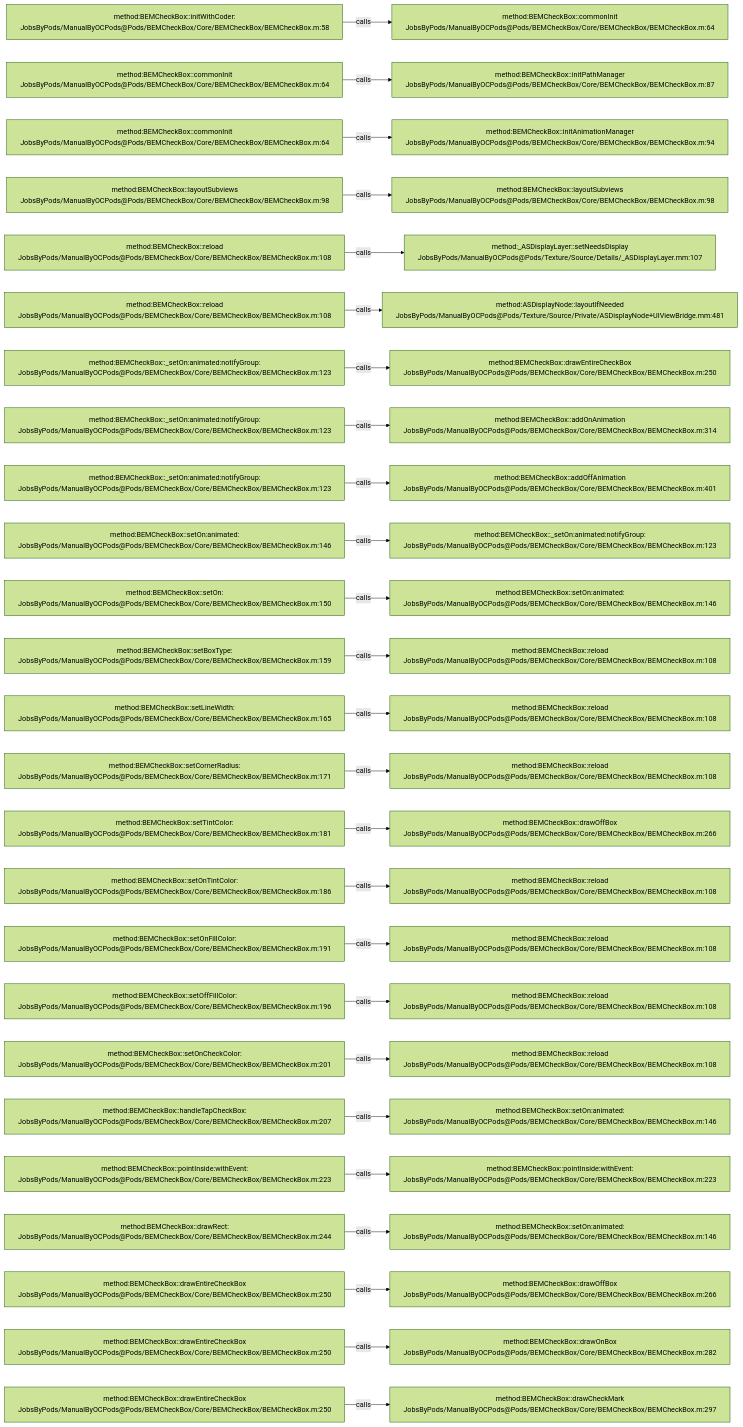
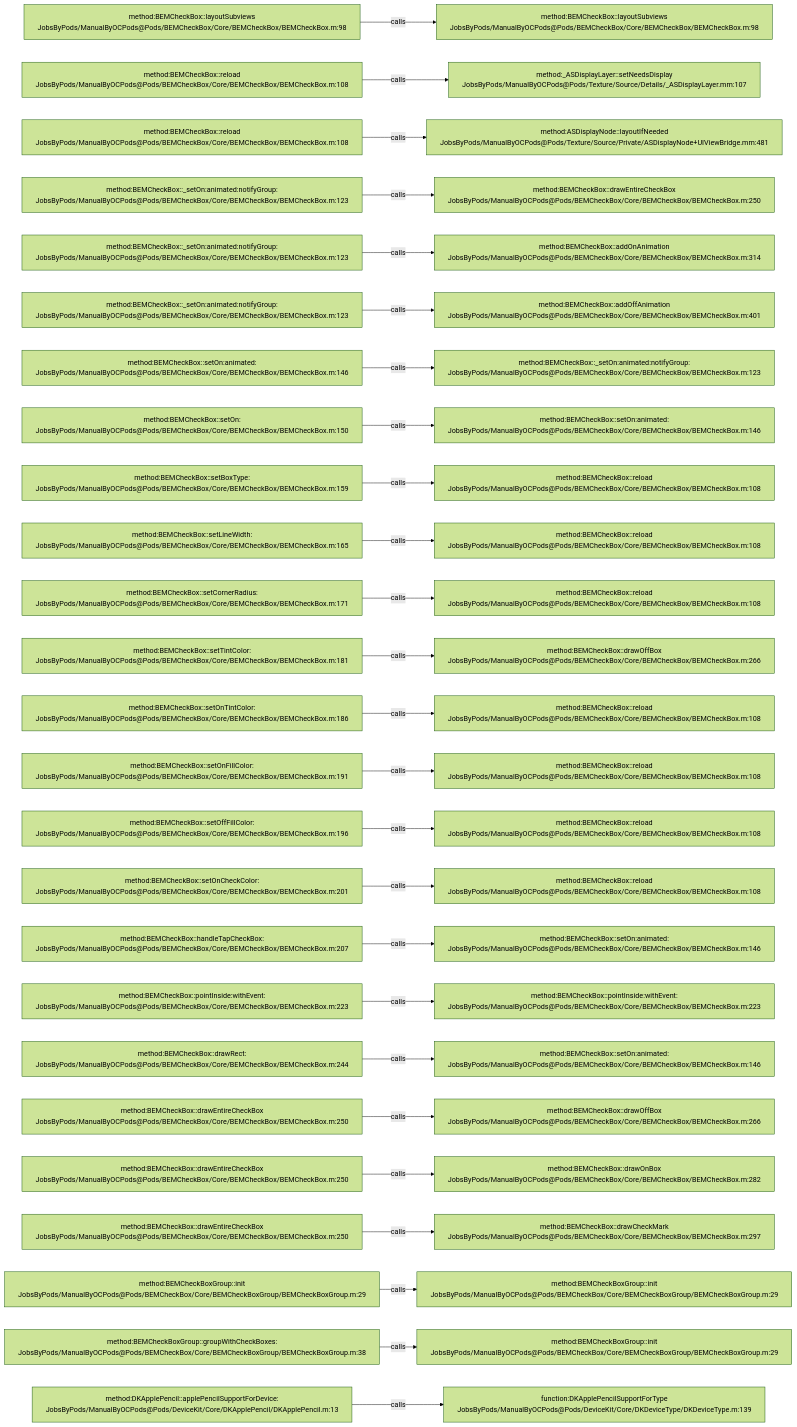
The diagram in .codegraph/codegraph.md/graphs/calls-014.md (JobsKits/JobsOCBaseConfigDemo), drawn with Mermaid (forest theme) before and after one commit. The commit also changed 727 other files, not shown here.

````diff
--- a/.codegraph/codegraph.md/graphs/calls-014.md
+++ b/.codegraph/codegraph.md/graphs/calls-014.md
@@ -13,78 +13,78 @@
 ```mermaid
 flowchart LR
-  S1["method:BEMCheckBox::initWithCoder:<br/>JobsByPods/ManualByOCPods@Pods/BEMCheckBox/Core/BEMCheckBox/BEMCheckBox.m:58"]
-  T1["method:BEMCheckBox::commonInit<br/>JobsByPods/ManualByOCPods@Pods/BEMCheckBox/Core/BEMCheckBox/BEMCheckBox.m:64"]
+  S1["method:BEMCheckBox::layoutSubviews<br/>JobsByPods/ManualByOCPods@Pods/BEMCheckBox/Core/BEMCheckBox/BEMCheckBox.m:98"]
+  T1["method:BEMCheckBox::layoutSubviews<br/>JobsByPods/ManualByOCPods@Pods/BEMCheckBox/Core/BEMCheckBox/BEMCheckBox.m:98"]
   S1 -->|calls| T1
-  S2["method:BEMCheckBox::commonInit<br/>JobsByPods/ManualByOCPods@Pods/BEMCheckBox/Core/BEMCheckBox/BEMCheckBox.m:64"]
-  T2["method:BEMCheckBox::initPathManager<br/>JobsByPods/ManualByOCPods@Pods/BEMCheckBox/Core/BEMCheckBox/BEMCheckBox.m:87"]
+  S2["method:BEMCheckBox::reload<br/>JobsByPods/ManualByOCPods@Pods/BEMCheckBox/Core/BEMCheckBox/BEMCheckBox.m:108"]
+  T2["method:_ASDisplayLayer::setNeedsDisplay<br/>JobsByPods/ManualByOCPods@Pods/Texture/Source/Details/_ASDisplayLayer.mm:107"]
   S2 -->|calls| T2
-  S3["method:BEMCheckBox::commonInit<br/>JobsByPods/ManualByOCPods@Pods/BEMCheckBox/Core/BEMCheckBox/BEMCheckBox.m:64"]
-  T3["method:BEMCheckBox::initAnimationManager<br/>JobsByPods/ManualByOCPods@Pods/BEMCheckBox/Core/BEMCheckBox/BEMCheckBox.m:94"]
+  S3["method:BEMCheckBox::reload<br/>JobsByPods/ManualByOCPods@Pods/BEMCheckBox/Core/BEMCheckBox/BEMCheckBox.m:108"]
+  T3["method:ASDisplayNode::layoutIfNeeded<br/>JobsByPods/ManualByOCPods@Pods/Texture/Source/Private/ASDisplayNode+UIViewBridge.mm:481"]
   S3 -->|calls| T3
-  S4["method:BEMCheckBox::layoutSubviews<br/>JobsByPods/ManualByOCPods@Pods/BEMCheckBox/Core/BEMCheckBox/BEMCheckBox.m:98"]
-  T4["method:BEMCheckBox::layoutSubviews<br/>JobsByPods/ManualByOCPods@Pods/BEMCheckBox/Core/BEMCheckBox/BEMCheckBox.m:98"]
+  S4["method:BEMCheckBox::_setOn:animated:notifyGroup:<br/>JobsByPods/ManualByOCPods@Pods/BEMCheckBox/Core/BEMCheckBox/BEMCheckBox.m:123"]
+  T4["method:BEMCheckBox::drawEntireCheckBox<br/>JobsByPods/ManualByOCPods@Pods/BEMCheckBox/Core/BEMCheckBox/BEMCheckBox.m:250"]
   S4 -->|calls| T4
-  S5["method:BEMCheckBox::reload<br/>JobsByPods/ManualByOCPods@Pods/BEMCheckBox/Core/BEMCheckBox/BEMCheckBox.m:108"]
-  T5["method:_ASDisplayLayer::setNeedsDisplay<br/>JobsByPods/ManualByOCPods@Pods/Texture/Source/Details/_ASDisplayLayer.mm:107"]
+  S5["method:BEMCheckBox::_setOn:animated:notifyGroup:<br/>JobsByPods/ManualByOCPods@Pods/BEMCheckBox/Core/BEMCheckBox/BEMCheckBox.m:123"]
+  T5["method:BEMCheckBox::addOnAnimation<br/>JobsByPods/ManualByOCPods@Pods/BEMCheckBox/Core/BEMCheckBox/BEMCheckBox.m:314"]
   S5 -->|calls| T5
-  S6["method:BEMCheckBox::reload<br/>JobsByPods/ManualByOCPods@Pods/BEMCheckBox/Core/BEMCheckBox/BEMCheckBox.m:108"]
-  T6["method:ASDisplayNode::layoutIfNeeded<br/>JobsByPods/ManualByOCPods@Pods/Texture/Source/Private/ASDisplayNode+UIViewBridge.mm:481"]
+  S6["method:BEMCheckBox::_setOn:animated:notifyGroup:<br/>JobsByPods/ManualByOCPods@Pods/BEMCheckBox/Core/BEMCheckBox/BEMCheckBox.m:123"]
+  T6["method:BEMCheckBox::addOffAnimation<br/>JobsByPods/ManualByOCPods@Pods/BEMCheckBox/Core/BEMCheckBox/BEMCheckBox.m:401"]
   S6 -->|calls| T6
-  S7["method:BEMCheckBox::_setOn:animated:notifyGroup:<br/>JobsByPods/ManualByOCPods@Pods/BEMCheckBox/Core/BEMCheckBox/BEMCheckBox.m:123"]
-  T7["method:BEMCheckBox::drawEntireCheckBox<br/>JobsByPods/ManualByOCPods@Pods/BEMCheckBox/Core/BEMCheckBox/BEMCheckBox.m:250"]
+  S7["method:BEMCheckBox::setOn:animated:<br/>JobsByPods/ManualByOCPods@Pods/BEMCheckBox/Core/BEMCheckBox/BEMCheckBox.m:146"]
+  T7["method:BEMCheckBox::_setOn:animated:notifyGroup:<br/>JobsByPods/ManualByOCPods@Pods/BEMCheckBox/Core/BEMCheckBox/BEMCheckBox.m:123"]
   S7 -->|calls| T7
-  S8["method:BEMCheckBox::_setOn:animated:notifyGroup:<br/>JobsByPods/ManualByOCPods@Pods/BEMCheckBox/Core/BEMCheckBox/BEMCheckBox.m:123"]
-  T8["method:BEMCheckBox::addOnAnimation<br/>JobsByPods/ManualByOCPods@Pods/BEMCheckBox/Core/BEMCheckBox/BEMCheckBox.m:314"]
+  S8["method:BEMCheckBox::setOn:<br/>JobsByPods/ManualByOCPods@Pods/BEMCheckBox/Core/BEMCheckBox/BEMCheckBox.m:150"]
+  T8["method:BEMCheckBox::setOn:animated:<br/>JobsByPods/ManualByOCPods@Pods/BEMCheckBox/Core/BEMCheckBox/BEMCheckBox.m:146"]
   S8 -->|calls| T8
-  S9["method:BEMCheckBox::_setOn:animated:notifyGroup:<br/>JobsByPods/ManualByOCPods@Pods/BEMCheckBox/Core/BEMCheckBox/BEMCheckBox.m:123"]
-  T9["method:BEMCheckBox::addOffAnimation<br/>JobsByPods/ManualByOCPods@Pods/BEMCheckBox/Core/BEMCheckBox/BEMCheckBox.m:401"]
+  S9["method:BEMCheckBox::setBoxType:<br/>JobsByPods/ManualByOCPods@Pods/BEMCheckBox/Core/BEMCheckBox/BEMCheckBox.m:159"]
+  T9["method:BEMCheckBox::reload<br/>JobsByPods/ManualByOCPods@Pods/BEMCheckBox/Core/BEMCheckBox/BEMCheckBox.m:108"]
   S9 -->|calls| T9
-  S10["method:BEMCheckBox::setOn:animated:<br/>JobsByPods/ManualByOCPods@Pods/BEMCheckBox/Core/BEMCheckBox/BEMCheckBox.m:146"]
-  T10["method:BEMCheckBox::_setOn:animated:notifyGroup:<br/>JobsByPods/ManualByOCPods@Pods/BEMCheckBox/Core/BEMCheckBox/BEMCheckBox.m:123"]
+  S10["method:BEMCheckBox::setLineWidth:<br/>JobsByPods/ManualByOCPods@Pods/BEMCheckBox/Core/BEMCheckBox/BEMCheckBox.m:165"]
+  T10["method:BEMCheckBox::reload<br/>JobsByPods/ManualByOCPods@Pods/BEMCheckBox/Core/BEMCheckBox/BEMCheckBox.m:108"]
   S10 -->|calls| T10
-  S11["method:BEMCheckBox::setOn:<br/>JobsByPods/ManualByOCPods@Pods/BEMCheckBox/Core/BEMCheckBox/BEMCheckBox.m:150"]
-  T11["method:BEMCheckBox::setOn:animated:<br/>JobsByPods/ManualByOCPods@Pods/BEMCheckBox/Core/BEMCheckBox/BEMCheckBox.m:146"]
+  S11["method:BEMCheckBox::setCornerRadius:<br/>JobsByPods/ManualByOCPods@Pods/BEMCheckBox/Core/BEMCheckBox/BEMCheckBox.m:171"]
+  T11["method:BEMCheckBox::reload<br/>JobsByPods/ManualByOCPods@Pods/BEMCheckBox/Core/BEMCheckBox/BEMCheckBox.m:108"]
   S11 -->|calls| T11
-  S12["method:BEMCheckBox::setBoxType:<br/>JobsByPods/ManualByOCPods@Pods/BEMCheckBox/Core/BEMCheckBox/BEMCheckBox.m:159"]
-  T12["method:BEMCheckBox::reload<br/>JobsByPods/ManualByOCPods@Pods/BEMCheckBox/Core/BEMCheckBox/BEMCheckBox.m:108"]
+  S12["method:BEMCheckBox::setTintColor:<br/>JobsByPods/ManualByOCPods@Pods/BEMCheckBox/Core/BEMCheckBox/BEMCheckBox.m:181"]
+  T12["method:BEMCheckBox::drawOffBox<br/>JobsByPods/ManualByOCPods@Pods/BEMCheckBox/Core/BEMCheckBox/BEMCheckBox.m:266"]
   S12 -->|calls| T12
-  S13["method:BEMCheckBox::setLineWidth:<br/>JobsByPods/ManualByOCPods@Pods/BEMCheckBox/Core/BEMCheckBox/BEMCheckBox.m:165"]
+  S13["method:BEMCheckBox::setOnTintColor:<br/>JobsByPods/ManualByOCPods@Pods/BEMCheckBox/Core/BEMCheckBox/BEMCheckBox.m:186"]
   T13["method:BEMCheckBox::reload<br/>JobsByPods/ManualByOCPods@Pods/BEMCheckBox/Core/BEMCheckBox/BEMCheckBox.m:108"]
   S13 -->|calls| T13
-  S14["method:BEMCheckBox::setCornerRadius:<br/>JobsByPods/ManualByOCPods@Pods/BEMCheckBox/Core/BEMCheckBox/BEMCheckBox.m:171"]
+  S14["method:BEMCheckBox::setOnFillColor:<br/>JobsByPods/ManualByOCPods@Pods/BEMCheckBox/Core/BEMCheckBox/BEMCheckBox.m:191"]
   T14["method:BEMCheckBox::reload<br/>JobsByPods/ManualByOCPods@Pods/BEMCheckBox/Core/BEMCheckBox/BEMCheckBox.m:108"]
   S14 -->|calls| T14
-  S15["method:BEMCheckBox::setTintColor:<br/>JobsByPods/ManualByOCPods@Pods/BEMCheckBox/Core/BEMCheckBox/BEMCheckBox.m:181"]
-  T15["method:BEMCheckBox::drawOffBox<br/>JobsByPods/ManualByOCPods@Pods/BEMCheckBox/Core/BEMCheckBox/BEMCheckBox.m:266"]
+  S15["method:BEMCheckBox::setOffFillColor:<br/>JobsByPods/ManualByOCPods@Pods/BEMCheckBox/Core/BEMCheckBox/BEMCheckBox.m:196"]
+  T15["method:BEMCheckBox::reload<br/>JobsByPods/ManualByOCPods@Pods/BEMCheckBox/Core/BEMCheckBox/BEMCheckBox.m:108"]
   S15 -->|calls| T15
-  S16["method:BEMCheckBox::setOnTintColor:<br/>JobsByPods/ManualByOCPods@Pods/BEMCheckBox/Core/BEMCheckBox/BEMCheckBox.m:186"]
+  S16["method:BEMCheckBox::setOnCheckColor:<br/>JobsByPods/ManualByOCPods@Pods/BEMCheckBox/Core/BEMCheckBox/BEMCheckBox.m:201"]
   T16["method:BEMCheckBox::reload<br/>JobsByPods/ManualByOCPods@Pods/BEMCheckBox/Core/BEMCheckBox/BEMCheckBox.m:108"]
   S16 -->|calls| T16
-  S17["method:BEMCheckBox::setOnFillColor:<br/>JobsByPods/ManualByOCPods@Pods/BEMCheckBox/Core/BEMCheckBox/BEMCheckBox.m:191"]
-  T17["method:BEMCheckBox::reload<br/>JobsByPods/ManualByOCPods@Pods/BEMCheckBox/Core/BEMCheckBox/BEMCheckBox.m:108"]
+  S17["method:BEMCheckBox::handleTapCheckBox:<br/>JobsByPods/ManualByOCPods@Pods/BEMCheckBox/Core/BEMCheckBox/BEMCheckBox.m:207"]
+  T17["method:BEMCheckBox::setOn:animated:<br/>JobsByPods/ManualByOCPods@Pods/BEMCheckBox/Core/BEMCheckBox/BEMCheckBox.m:146"]
   S17 -->|calls| T17
-  S18["method:BEMCheckBox::setOffFillColor:<br/>JobsByPods/ManualByOCPods@Pods/BEMCheckBox/Core/BEMCheckBox/BEMCheckBox.m:196"]
-  T18["method:BEMCheckBox::reload<br/>JobsByPods/ManualByOCPods@Pods/BEMCheckBox/Core/BEMCheckBox/BEMCheckBox.m:108"]
+  S18["method:BEMCheckBox::pointInside:withEvent:<br/>JobsByPods/ManualByOCPods@Pods/BEMCheckBox/Core/BEMCheckBox/BEMCheckBox.m:223"]
+  T18["method:BEMCheckBox::pointInside:withEvent:<br/>JobsByPods/ManualByOCPods@Pods/BEMCheckBox/Core/BEMCheckBox/BEMCheckBox.m:223"]
   S18 -->|calls| T18
-  S19["method:BEMCheckBox::setOnCheckColor:<br/>JobsByPods/ManualByOCPods@Pods/BEMCheckBox/Core/BEMCheckBox/BEMCheckBox.m:201"]
-  T19["method:BEMCheckBox::reload<br/>JobsByPods/ManualByOCPods@Pods/BEMCheckBox/Core/BEMCheckBox/BEMCheckBox.m:108"]
+  S19["method:BEMCheckBox::drawRect:<br/>JobsByPods/ManualByOCPods@Pods/BEMCheckBox/Core/BEMCheckBox/BEMCheckBox.m:244"]
+  T19["method:BEMCheckBox::setOn:animated:<br/>JobsByPods/ManualByOCPods@Pods/BEMCheckBox/Core/BEMCheckBox/BEMCheckBox.m:146"]
   S19 -->|calls| T19
-  S20["method:BEMCheckBox::handleTapCheckBox:<br/>JobsByPods/ManualByOCPods@Pods/BEMCheckBox/Core/BEMCheckBox/BEMCheckBox.m:207"]
-  T20["method:BEMCheckBox::setOn:animated:<br/>JobsByPods/ManualByOCPods@Pods/BEMCheckBox/Core/BEMCheckBox/BEMCheckBox.m:146"]
+  S20["method:BEMCheckBox::drawEntireCheckBox<br/>JobsByPods/ManualByOCPods@Pods/BEMCheckBox/Core/BEMCheckBox/BEMCheckBox.m:250"]
+  T20["method:BEMCheckBox::drawOffBox<br/>JobsByPods/ManualByOCPods@Pods/BEMCheckBox/Core/BEMCheckBox/BEMCheckBox.m:266"]
   S20 -->|calls| T20
-  S21["method:BEMCheckBox::pointInside:withEvent:<br/>JobsByPods/ManualByOCPods@Pods/BEMCheckBox/Core/BEMCheckBox/BEMCheckBox.m:223"]
-  T21["method:BEMCheckBox::pointInside:withEvent:<br/>JobsByPods/ManualByOCPods@Pods/BEMCheckBox/Core/BEMCheckBox/BEMCheckBox.m:223"]
+  S21["method:BEMCheckBox::drawEntireCheckBox<br/>JobsByPods/ManualByOCPods@Pods/BEMCheckBox/Core/BEMCheckBox/BEMCheckBox.m:250"]
+  T21["method:BEMCheckBox::drawOnBox<br/>JobsByPods/ManualByOCPods@Pods/BEMCheckBox/Core/BEMCheckBox/BEMCheckBox.m:282"]
   S21 -->|calls| T21
-  S22["method:BEMCheckBox::drawRect:<br/>JobsByPods/ManualByOCPods@Pods/BEMCheckBox/Core/BEMCheckBox/BEMCheckBox.m:244"]
-  T22["method:BEMCheckBox::setOn:animated:<br/>JobsByPods/ManualByOCPods@Pods/BEMCheckBox/Core/BEMCheckBox/BEMCheckBox.m:146"]
+  S22["method:BEMCheckBox::drawEntireCheckBox<br/>JobsByPods/ManualByOCPods@Pods/BEMCheckBox/Core/BEMCheckBox/BEMCheckBox.m:250"]
+  T22["method:BEMCheckBox::drawCheckMark<br/>JobsByPods/ManualByOCPods@Pods/BEMCheckBox/Core/BEMCheckBox/BEMCheckBox.m:297"]
   S22 -->|calls| T22
-  S23["method:BEMCheckBox::drawEntireCheckBox<br/>JobsByPods/ManualByOCPods@Pods/BEMCheckBox/Core/BEMCheckBox/BEMCheckBox.m:250"]
-  T23["method:BEMCheckBox::drawOffBox<br/>JobsByPods/ManualByOCPods@Pods/BEMCheckBox/Core/BEMCheckBox/BEMCheckBox.m:266"]
+  S23["method:BEMCheckBoxGroup::init<br/>JobsByPods/ManualByOCPods@Pods/BEMCheckBox/Core/BEMCheckBoxGroup/BEMCheckBoxGroup.m:29"]
+  T23["method:BEMCheckBoxGroup::init<br/>JobsByPods/ManualByOCPods@Pods/BEMCheckBox/Core/BEMCheckBoxGroup/BEMCheckBoxGroup.m:29"]
   S23 -->|calls| T23
-  S24["method:BEMCheckBox::drawEntireCheckBox<br/>JobsByPods/ManualByOCPods@Pods/BEMCheckBox/Core/BEMCheckBox/BEMCheckBox.m:250"]
-  T24["method:BEMCheckBox::drawOnBox<br/>JobsByPods/ManualByOCPods@Pods/BEMCheckBox/Core/BEMCheckBox/BEMCheckBox.m:282"]
+  S24["method:BEMCheckBoxGroup::groupWithCheckBoxes:<br/>JobsByPods/ManualByOCPods@Pods/BEMCheckBox/Core/BEMCheckBoxGroup/BEMCheckBoxGroup.m:38"]
+  T24["method:BEMCheckBoxGroup::init<br/>JobsByPods/ManualByOCPods@Pods/BEMCheckBox/Core/BEMCheckBoxGroup/BEMCheckBoxGroup.m:29"]
   S24 -->|calls| T24
-  S25["method:BEMCheckBox::drawEntireCheckBox<br/>JobsByPods/ManualByOCPods@Pods/BEMCheckBox/Core/BEMCheckBox/BEMCheckBox.m:250"]
-  T25["method:BEMCheckBox::drawCheckMark<br/>JobsByPods/ManualByOCPods@Pods/BEMCheckBox/Core/BEMCheckBox/BEMCheckBox.m:297"]
+  S25["method:DKApplePencil::applePencilSupportForDevice:<br/>JobsByPods/ManualByOCPods@Pods/DeviceKit/Core/DKApplePencil/DKApplePencil.m:13"]
+  T25["function:DKApplePencilSupportForType<br/>JobsByPods/ManualByOCPods@Pods/DeviceKit/Core/DKDeviceType/DKDeviceType.m:139"]
   S25 -->|calls| T25
 ```
````
